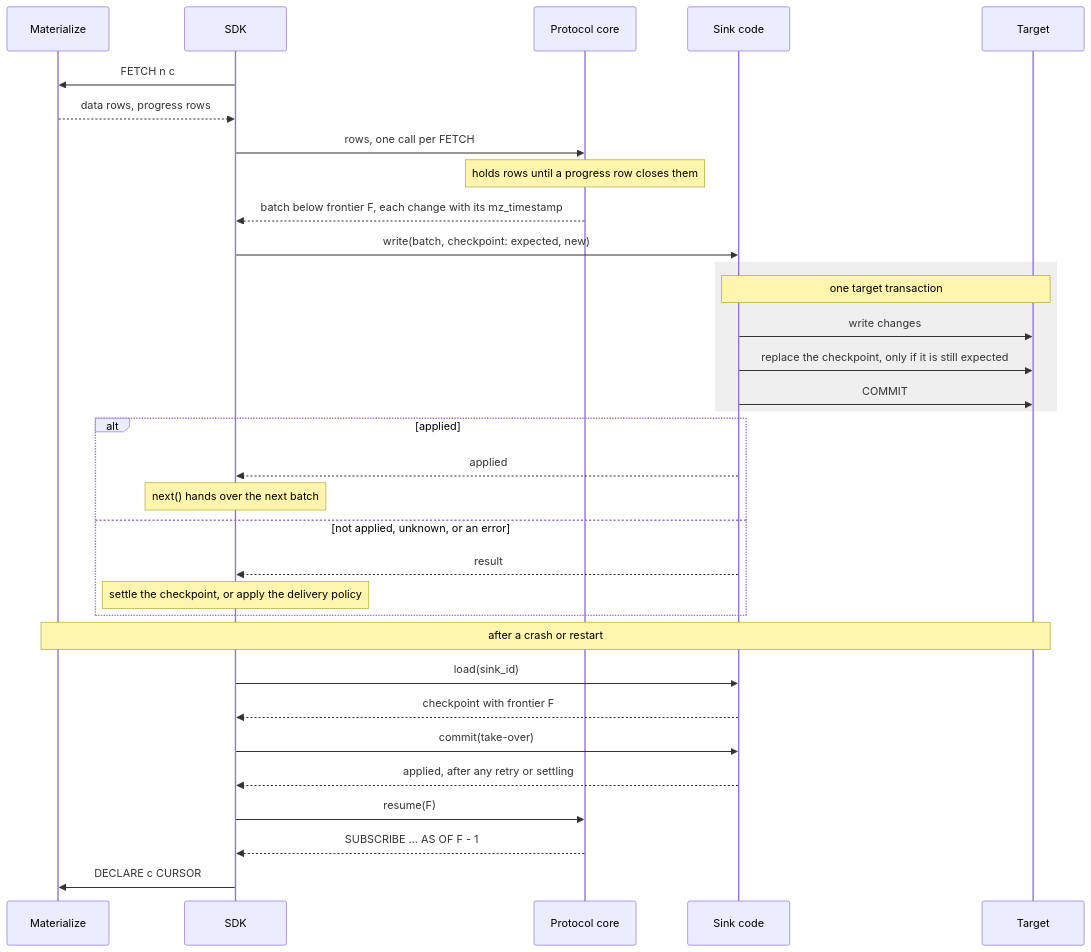
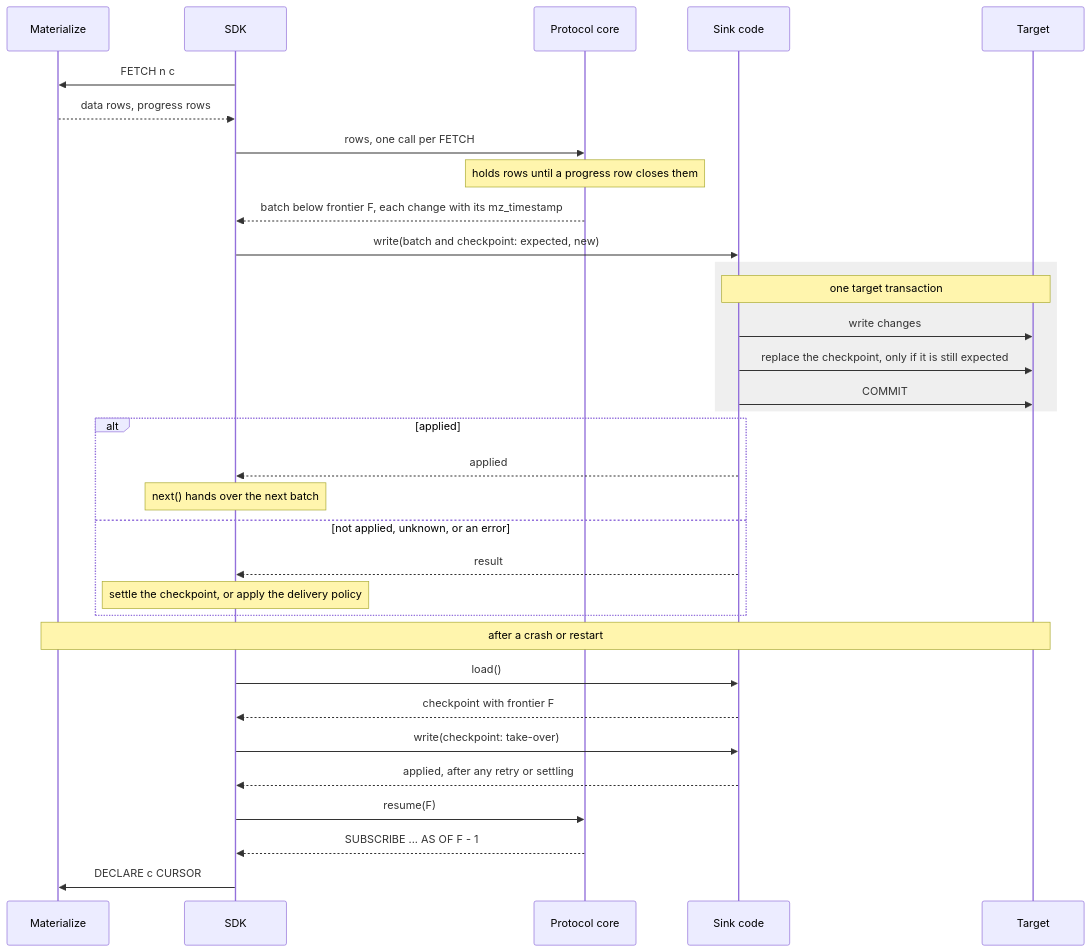
The diagram in doc/developer/design/20260706_materialize_sdk.md (MaterializeInc/materialize), drawn with Mermaid before and after one commit. The commit also changed other lines of this file, not shown here.

Commit message:
design: Fold create and commit into one sink write, from review

````diff
--- a/doc/developer/design/20260706_materialize_sdk.md
+++ b/doc/developer/design/20260706_materialize_sdk.md
@@ -332,35 +332,35 @@
 ```mermaid
 sequenceDiagram
     participant M as Materialize
     participant D as SDK
     participant C as Protocol core
     participant S as Sink code
     participant T as Target
     D->>M: FETCH n c
     M-->>D: data rows, progress rows
     D->>C: rows, one call per FETCH
     Note over C: holds rows until a progress row closes them
     C-->>D: batch below frontier F, each change with its mz_timestamp
-    D->>S: write(batch, checkpoint: expected, new)
+    D->>S: write(batch and checkpoint: expected, new)
     rect rgba(127, 127, 127, 0.12)
         Note over S,T: one target transaction
         S->>T: write changes
         S->>T: replace the checkpoint, only if it is still expected
         S->>T: COMMIT
     end
     alt applied
         S-->>D: applied
         Note over D: next() hands over the next batch
     else not applied, unknown, or an error
         S-->>D: result
         Note over D: settle the checkpoint, or apply the delivery policy
     end
     Note over M,T: after a crash or restart
-    D->>S: load(sink_id)
+    D->>S: load()
     S-->>D: checkpoint with frontier F
-    D->>S: commit(take-over)
+    D->>S: write(checkpoint: take-over)
     S-->>D: applied, after any retry or settling
     D->>C: resume(F)
     C-->>D: SUBSCRIBE ... AS OF F - 1
     D->>M: DECLARE c CURSOR
 ```
````
